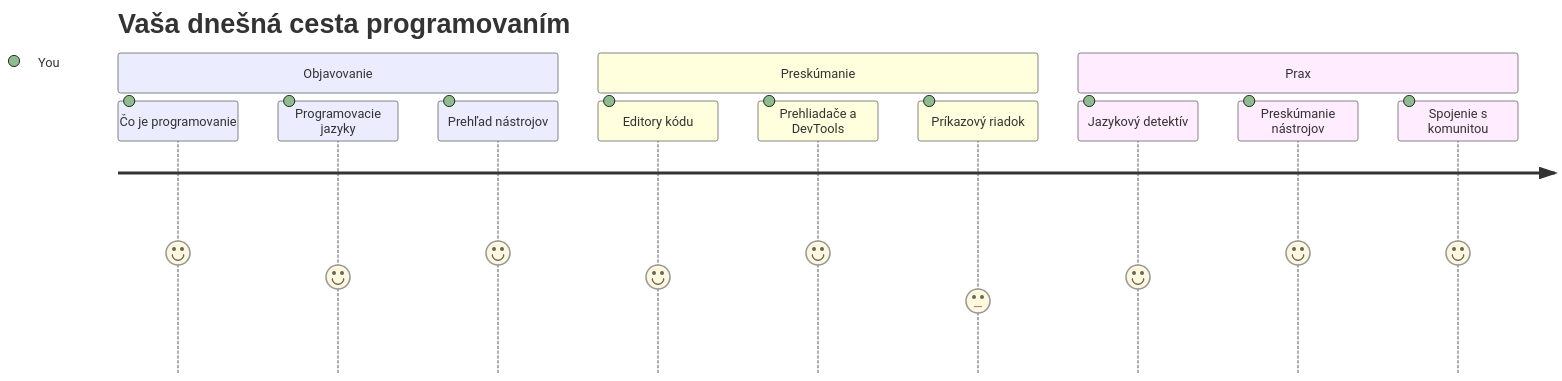
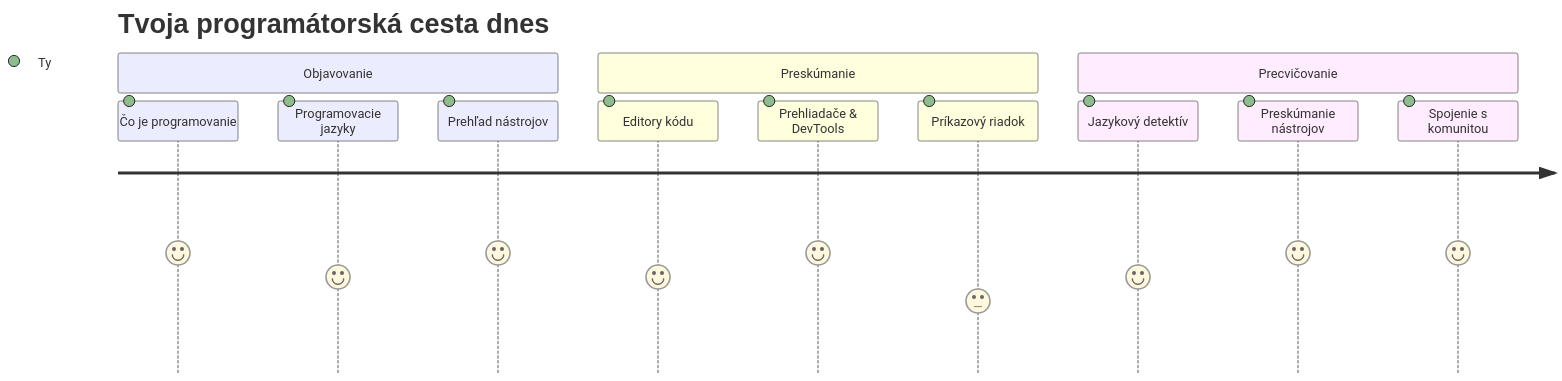
One commit to microsoft/Web-Dev-For-Beginners changed the first of 7 diagrams in translations/sk/1-getting-started-lessons/1-intro-to-programming-languages/README.md. Above: the diagram before and after it, drawn with Mermaid. The commit also changed other lines of this file and 8 other files, not shown here.

````diff
--- a/translations/sk/1-getting-started-lessons/1-intro-to-programming-languages/README.md
+++ b/translations/sk/1-getting-started-lessons/1-intro-to-programming-languages/README.md
@@ -14,16 +14,16 @@
 ```mermaid
 journey
-    title Vaša dnešná cesta programovaním
+    title Tvoja programátorská cesta dnes
     section Objavovanie
-      Čo je programovanie: 5: You
-      Programovacie jazyky: 4: You
-      Prehľad nástrojov: 5: You
+      Čo je programovanie: 5: Ty
+      Programovacie jazyky: 4: Ty
+      Prehľad nástrojov: 5: Ty
     section Preskúmanie
-      Editory kódu: 4: You
-      Prehliadače a DevTools: 5: You
-      Príkazový riadok: 3: You
-    section Prax
-      Jazykový detektív: 4: You
-      Preskúmanie nástrojov: 5: You
-      Spojenie s komunitou: 5: You
+      Editory kódu: 4: Ty
+      Prehliadače & DevTools: 5: Ty
+      Príkazový riadok: 3: Ty
+    section Precvičovanie
+      Jazykový detektív: 4: Ty
+      Preskúmanie nástrojov: 5: Ty
+      Spojenie s komunitou: 5: Ty
 ```
````
